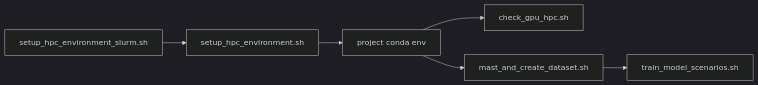
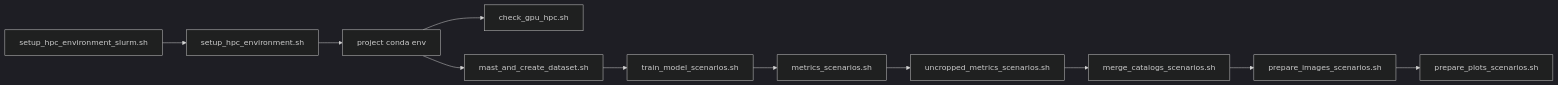
One commit to erennere/AstroGAN-UNet changed the diagram in src/bash/README.md. Above: the diagram before and after it, drawn with Mermaid (dark theme). The commit also changed other lines of this file and 54 other files, not shown here.

Commit message:
Add save_images, overwrite, uncropped_save_combined_images, uncropped_overwrite flags; add bash scripts, merge_metrics, and flag tests

````diff
--- a/src/bash/README.md
+++ b/src/bash/README.md
@@ -19,8 +31,13 @@
 ```mermaid
 flowchart LR
 	setup[setup_hpc_environment.sh] --> env[project conda env]
 	env --> check[check_gpu_hpc.sh]
 	env --> data[mast_and_create_dataset.sh]
 	data --> train[train_model_scenarios.sh]
+	train --> metrics[metrics_scenarios.sh]
+	metrics --> uncropped[uncropped_metrics_scenarios.sh]
+	uncropped --> merge[merge_catalogs_scenarios.sh]
+	merge --> prepimg[prepare_images_scenarios.sh]
+	prepimg --> prepplots[prepare_plots_scenarios.sh]
 	slurm[setup_hpc_environment_slurm.sh] --> setup
 ```
````
